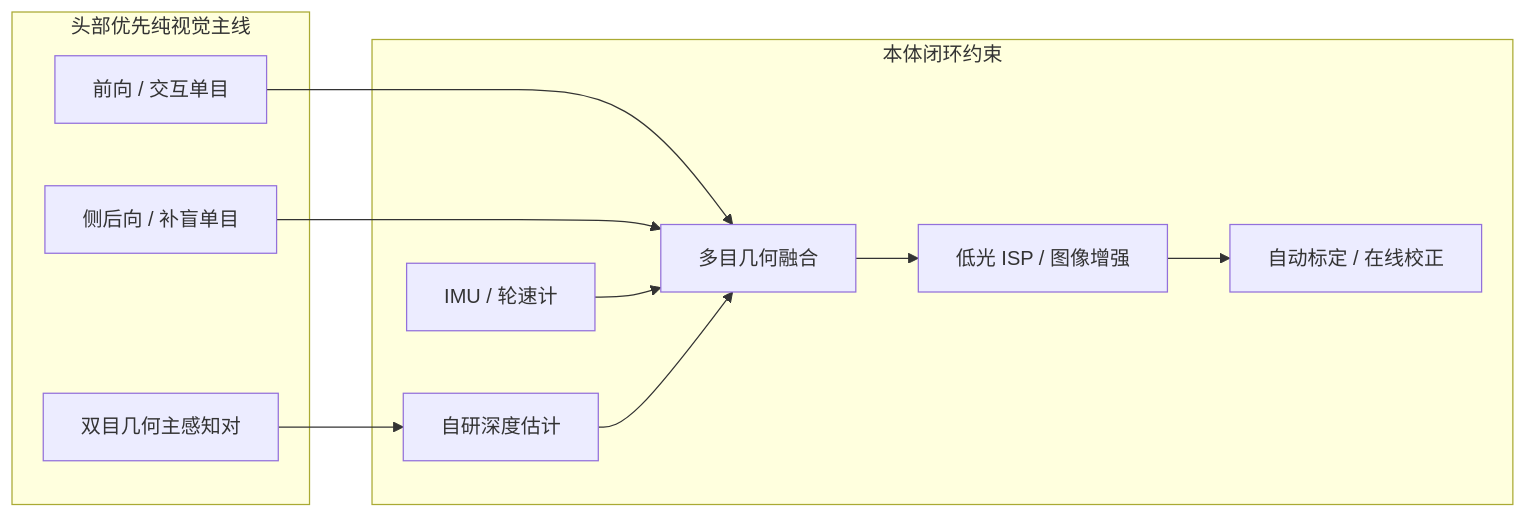
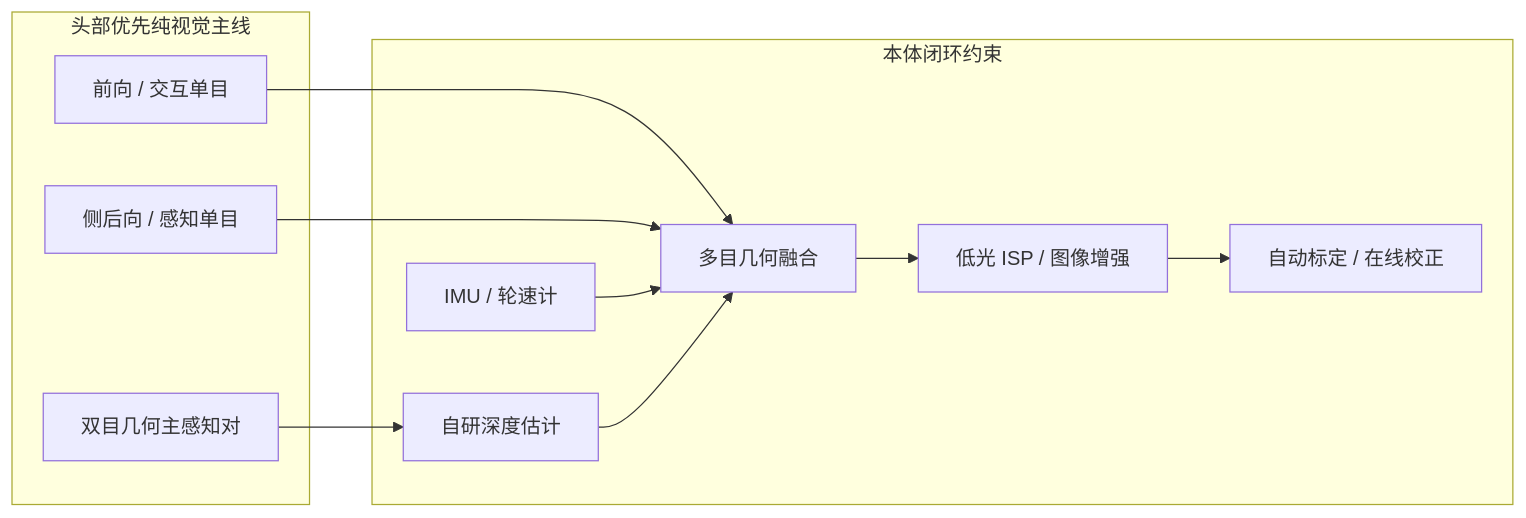
The fourth of 7 diagrams in docs/02_p1_architecture/02_pdcp_system_architecture_review_package.md (hlm12348765/Kinbot_OODA), drawn with Mermaid before and after one commit. The commit also changed other lines of this file and 2 other files, not shown here.

````diff
--- a/docs/02_p1_architecture/02_pdcp_system_architecture_review_package.md
+++ b/docs/02_p1_architecture/02_pdcp_system_architecture_review_package.md
@@ -315,22 +308,22 @@
 ```mermaid
 flowchart LR
     subgraph HEAD[头部优先纯视觉主线]
         H1[双目几何主感知对]
         H2[前向 / 交互单目]
-        H3[侧后向 / 补盲单目]
+        H3[侧后向 / 感知单目]
     end
 
     subgraph BODY[本体闭环约束]
         B1[IMU / 轮速计]
         B2[自研深度估计]
         B3[多目几何融合]
         B4[低光 ISP / 图像增强]
         B5[自动标定 / 在线校正]
     end
 
     H1 --> B2
     H2 --> B3
     H3 --> B3
     B1 --> B3
     B2 --> B3 --> B4 --> B5
 ```
````
